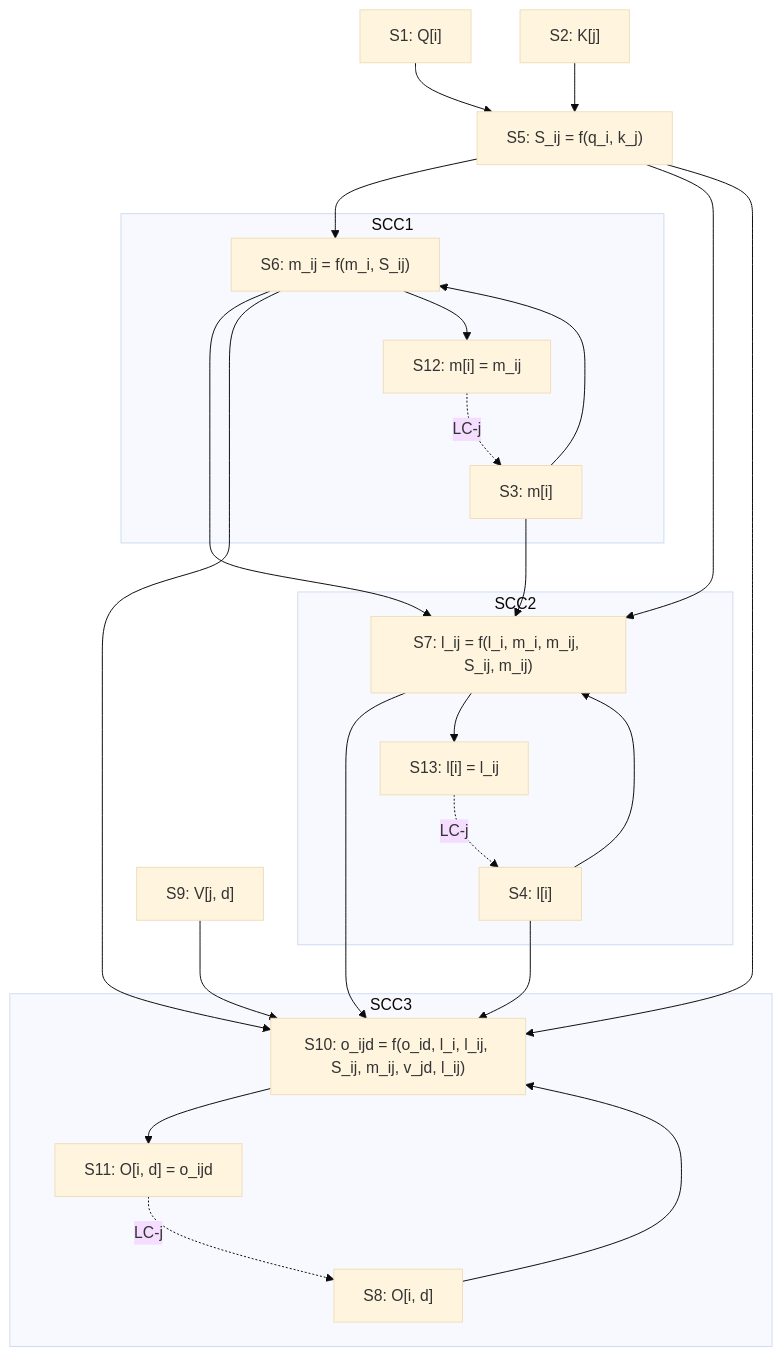
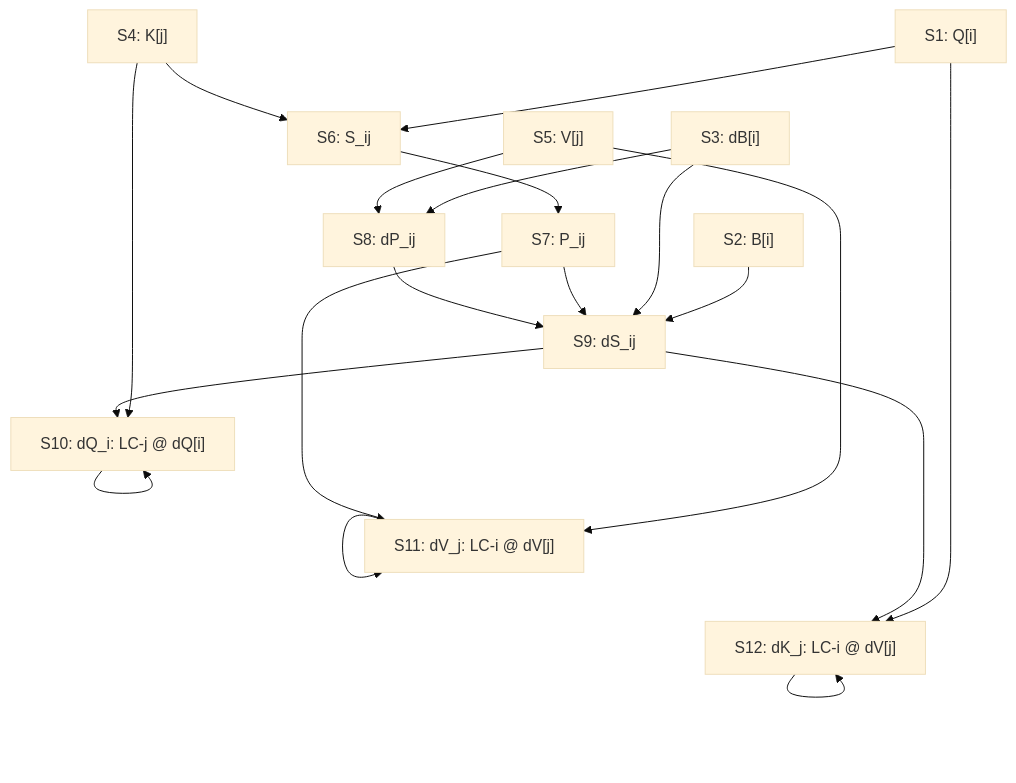
One commit to ShivamPR21/shivampr21.github.io changed the diagram in posts/flash-bwd-pll-14-4-2025-kernelized/index.qmd. Above: the diagram before and after it, drawn with Mermaid (base theme). The commit also changed other lines of this file and 4 other files, not shown here.

````diff
--- a/posts/flash-bwd-pll-14-4-2025-kernelized/index.qmd
+++ b/posts/flash-bwd-pll-14-4-2025-kernelized/index.qmd
@@ -74,52 +76,46 @@
 ```{mermaid}
 graph TD
     S1["S1: Q[i]"]
-    S2["S2: K[j]"]
-    S3["S3: m[i]"]
-    S4["S4: l[i]"]
-    S5["S5: S_ij = f(q_i, k_j)"]
-    S6["S6: m_ij = f(m_i, S_ij)"]
-    S7["S7: l_ij = f(l_i, m_i, m_ij, S_ij, m_ij)"]
-    S8["S8: O[i, d]"]
-    S9["S9: V[j, d]"]
-    S10["S10: o_ijd = f(o_id, l_i, l_ij, S_ij, m_ij, v_jd, l_ij)"]
-    S11["S11: O[i, d] = o_ijd"]
-    S12["S12: m[i] = m_ij"]
-    S13["S13: l[i] = l_ij"]
+    S2["S2: B[i]"]
+    S3["S3: dB[i]"]
+    S4["S4: K[j]"]
+    S5["S5: V[j]"]
+    S6["S6: S_ij"]
+    S7["S7: P_ij"]
+    S8["S8: dP_ij"]
+    S9["S9: dS_ij"]
+    S10["S10: dQ_i: LC-j @ dQ[i]"]
+    S11["S11: dV_j: LC-i @ dV[j]"]
+    S12["S12: dK_j: LC-i @ dV[j]"]
 
     %% Intra-iteration dependencies
-    S1 --> S5
-    S2 --> S5
-    S5 --> S6
-    S3 --> S7
-    S5 --> S7
+    S1 --> S6
+    S1 --> S12
+    S2 --> S9
+    S3 --> S8
+    S3 --> S9
+    S4 --> S6
+    S4 --> S10
+    S5 --> S8
+    S5 --> S11
     S6 --> S7
-    S4 --> S10
-    S5 --> S10
-    S6 --> S10
-    S7 --> S10
+    S7 --> S9
+    S7 --> S11
+    S8 --> S9
     S9 --> S10
+    S9 --> S12
 
-    %%  Force same level for {S11, S12, S13}
-    %% S11 ~~~ S12
-    %% S12 ~~~ S13
+    %% Force same level for S10, S11, S12
+    S10 ~~~ S11
+    S11 ~~~ S12
 
-    %% Strongly Connected Components (SCCs)
-    subgraph SCC1
-        S3 --> S6
-        S6 --> S12
-        S12 -.->|LC-j| S3
-    end
+    %% Loop-carried dependencies
+    S10 --> S10
+    S11 --> S11
+    S12 --> S12
 
-    subgraph SCC2
-        S4 --> S7
-        S7 --> S13
-        S13 -.->|LC-j| S4
-    end
-
-    subgraph SCC3
-        S8 --> S10
-        S10 --> S11
-        S11 -.->|LC-j| S8
-    end
+    %% Invisible styling
+    linkStyle 15 stroke-width:0px;
+    linkStyle 16 stroke-width:0px;
+    classDef hidden stroke-width:0,color:none,fill:none;
 ```
````
